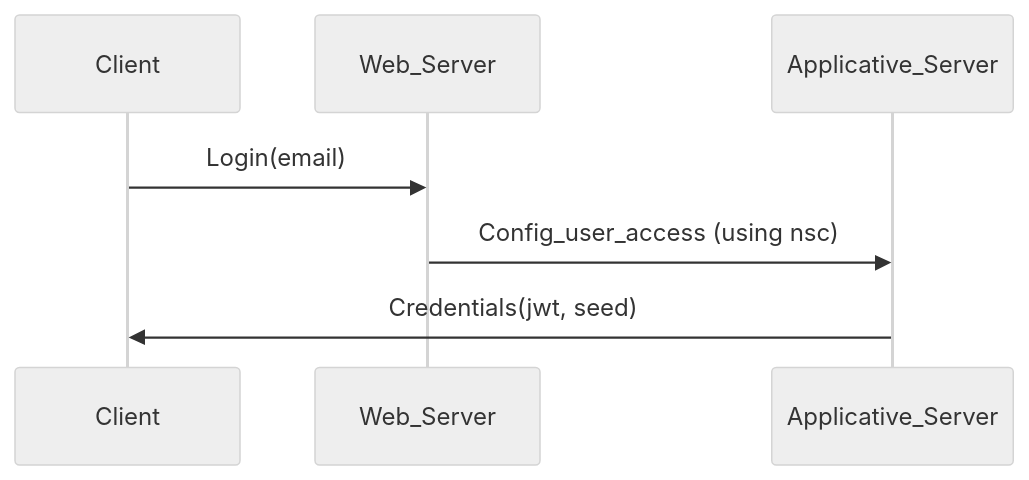
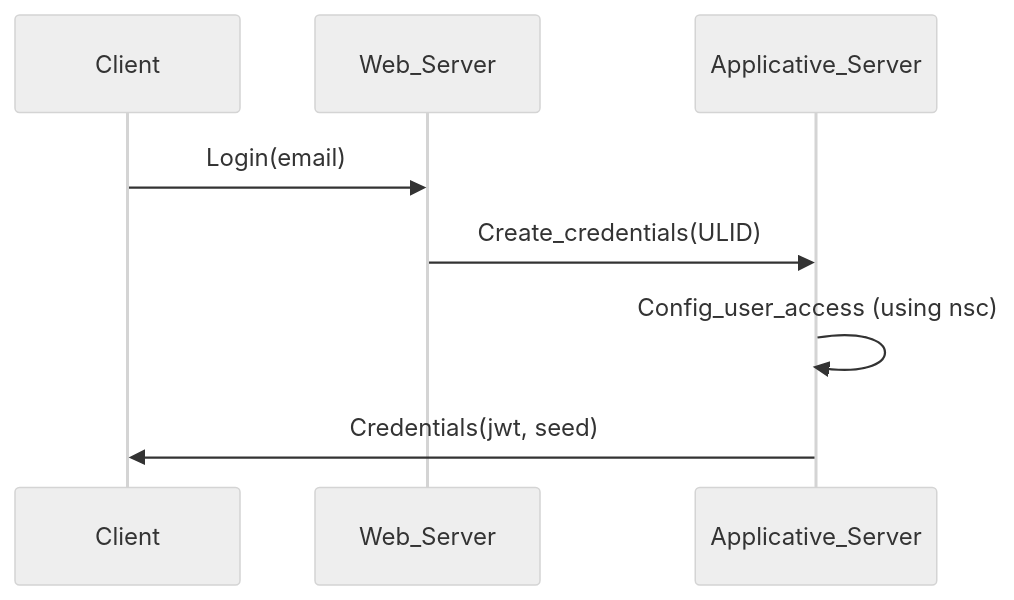
Before and after one commit to adimian/kova: the third of 8 diagrams in kova/authentication/docs.md, drawn with Mermaid (neutral theme).

Commit message:
fixed error in auth documentation

````diff
--- a/kova/authentication/docs.md
+++ b/kova/authentication/docs.md
@@ -24,6 +24,7 @@
 ```mermaid
 sequenceDiagram
     Client ->> Web_Server: Login(email)
-    Web_Server ->> Applicative_Server: Config_user_access (using nsc)
+    Web_Server ->> Applicative_Server: Create_credentials(ULID)
+    Applicative_Server ->> Applicative_Server: Config_user_access (using nsc)
     Applicative_Server ->> Client: Credentials(jwt, seed)
 ```
````
